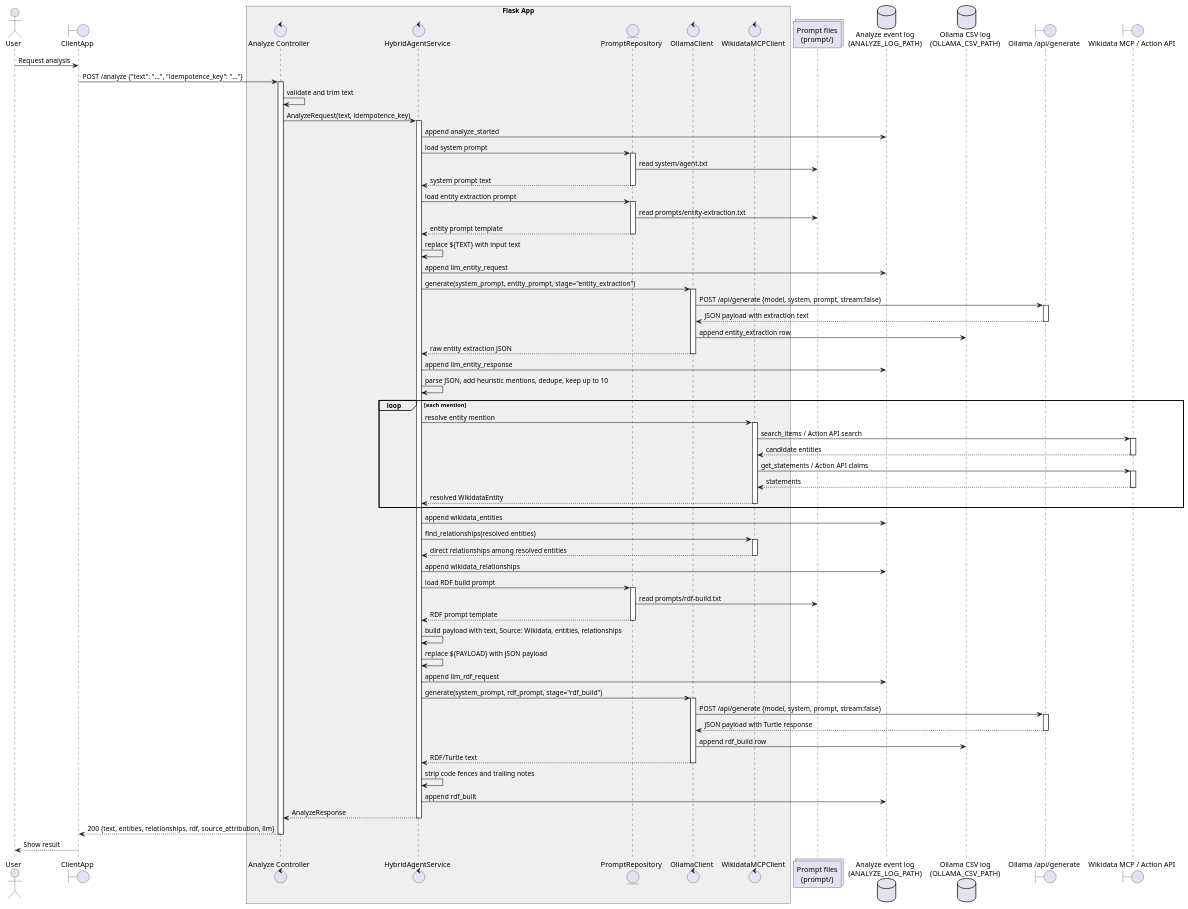
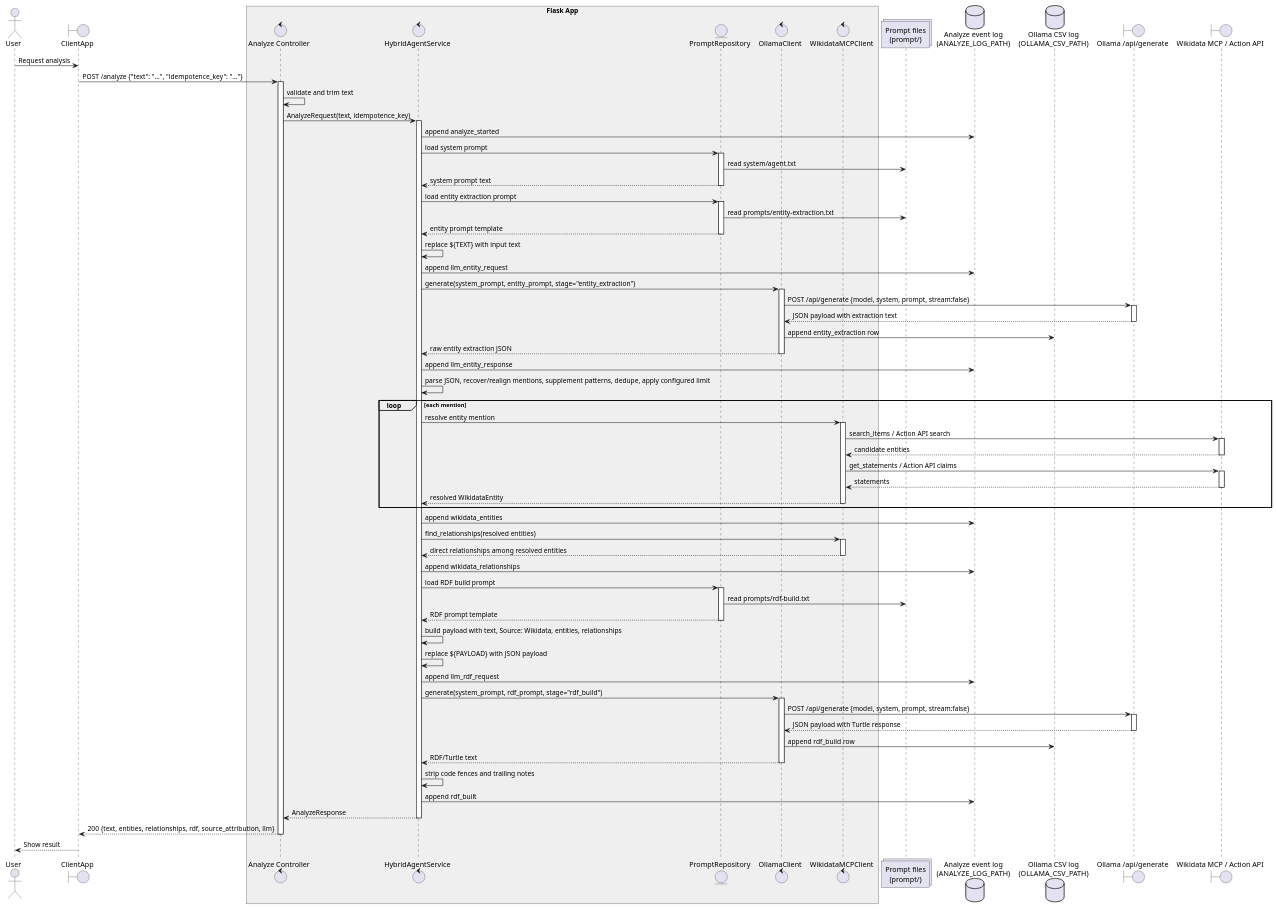
One commit to giovannabbottino/hybrid-pipelines changed the diagram in docs/seq/analyze.puml. Above: the diagram before and after it, drawn with PlantUML. The commit also changed 11 other files, not shown here.

```diff
--- a/docs/seq/analyze.puml
+++ b/docs/seq/analyze.puml
@@ -1,82 +1,82 @@
 @startuml
 actor User
 boundary ClientApp as Client
 
 box "Flask App" #EFEFEF
   control "Analyze Controller" as Controller
   control "HybridAgentService" as Agent
   entity "PromptRepository" as Repo
   control "OllamaClient" as LLM
   control "WikidataMCPClient" as WD
 end box
 
 collections "Prompt files\n(prompt/)" as PromptFiles
 database "Analyze event log\n(ANALYZE_LOG_PATH)" as EventLog
 database "Ollama CSV log\n(OLLAMA_CSV_PATH)" as CSV
 boundary "Ollama /api/generate" as Ollama
 boundary "Wikidata MCP / Action API" as Wikidata
 
 User -> Client: Request analysis
 Client -> Controller ++: POST /analyze {"text": "...", "idempotence_key": "..."}
 Controller -> Controller: validate and trim text
 Controller -> Agent ++: AnalyzeRequest(text, idempotence_key)
 
 Agent -> EventLog: append analyze_started
 
 Agent -> Repo ++: load system prompt
 Repo -> PromptFiles: read system/agent.txt
 Repo --> Agent --: system prompt text
 
 Agent -> Repo ++: load entity extraction prompt
 Repo -> PromptFiles: read prompts/entity-extraction.txt
 Repo --> Agent --: entity prompt template
 
 Agent -> Agent: replace ${TEXT} with input text
 Agent -> EventLog: append llm_entity_request
 
 Agent -> LLM ++: generate(system_prompt, entity_prompt, stage="entity_extraction")
 LLM -> Ollama ++: POST /api/generate {model, system, prompt, stream:false}
 Ollama --> LLM --: JSON payload with extraction text
 LLM -> CSV: append entity_extraction row
 LLM --> Agent --: raw entity extraction JSON
 
 Agent -> EventLog: append llm_entity_response
-Agent -> Agent: parse JSON, add heuristic mentions, dedupe, keep up to 10
+Agent -> Agent: parse JSON, recover/realign mentions, supplement patterns, dedupe, apply configured limit
 
 loop each mention
   Agent -> WD ++: resolve entity mention
   WD -> Wikidata ++: search_items / Action API search
   Wikidata --> WD --: candidate entities
   WD -> Wikidata ++: get_statements / Action API claims
   Wikidata --> WD --: statements
   WD --> Agent --: resolved WikidataEntity
 end
 
 Agent -> EventLog: append wikidata_entities
 
 Agent -> WD ++: find_relationships(resolved entities)
 WD --> Agent --: direct relationships among resolved entities
 Agent -> EventLog: append wikidata_relationships
 
 Agent -> Repo ++: load RDF build prompt
 Repo -> PromptFiles: read prompts/rdf-build.txt
 Repo --> Agent --: RDF prompt template
 
 Agent -> Agent: build payload with text, Source: Wikidata, entities, relationships
 Agent -> Agent: replace ${PAYLOAD} with JSON payload
 Agent -> EventLog: append llm_rdf_request
 
 Agent -> LLM ++: generate(system_prompt, rdf_prompt, stage="rdf_build")
 LLM -> Ollama ++: POST /api/generate {model, system, prompt, stream:false}
 Ollama --> LLM --: JSON payload with Turtle response
 LLM -> CSV: append rdf_build row
 LLM --> Agent --: RDF/Turtle text
 
 Agent -> Agent: strip code fences and trailing notes
 Agent -> EventLog: append rdf_built
 
 Agent --> Controller --: AnalyzeResponse
 Controller --> Client --: 200 {text, entities, relationships, rdf, source_attribution, llm}
 Client --> User: Show result
 
 @enduml
```
